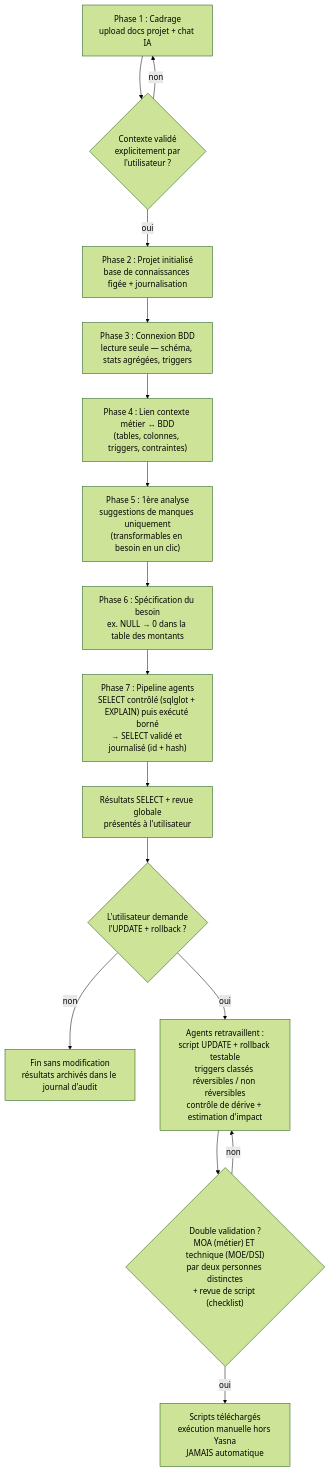
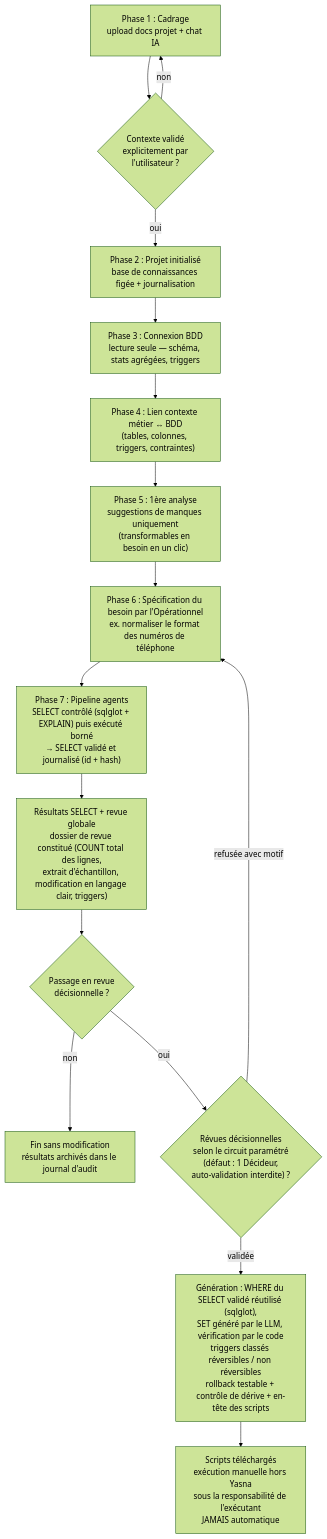
One commit to Choori279/Yasna changed the fifth of 5 diagrams in Yasna_Schemas_Parcours.md. Above: the diagram before and after it, drawn with Mermaid (forest theme). The commit also changed other lines of this file and 4 other files, not shown here.

Commit message:
docs(C): roles et circuit de validation parametrable (operationnel/decideur/administrateur)

````diff
--- a/Yasna_Schemas_Parcours.md
+++ b/Yasna_Schemas_Parcours.md
@@ -188,18 +196,18 @@
 ```mermaid
 flowchart TD
     P1["Phase 1 : Cadrage<br/>upload docs projet + chat IA"] --> D1{"Contexte validé<br/>explicitement par<br/>l'utilisateur ?"}
     D1 -- non --> P1
     D1 -- oui --> P2["Phase 2 : Projet initialisé<br/>base de connaissances figée + journalisation"]
     P2 --> P3["Phase 3 : Connexion BDD<br/>lecture seule — schéma, stats agrégées, triggers"]
     P3 --> P4["Phase 4 : Lien contexte métier ↔ BDD<br/>(tables, colonnes, triggers, contraintes)"]
     P4 --> P5["Phase 5 : 1ère analyse<br/>suggestions de manques uniquement<br/>(transformables en besoin en un clic)"]
-    P5 --> P6["Phase 6 : Spécification du besoin<br/>ex. NULL → 0 dans la table des montants"]
+    P5 --> P6["Phase 6 : Spécification du besoin par l'Opérationnel<br/>ex. normaliser le format des numéros de téléphone"]
     P6 --> P7["Phase 7 : Pipeline agents<br/>SELECT contrôlé (sqlglot + EXPLAIN) puis exécuté borné<br/>→ SELECT validé et journalisé (id + hash)"]
-    P7 --> P8["Résultats SELECT + revue globale<br/>présentés à l'utilisateur"]
-    P8 --> D2{"L'utilisateur demande<br/>l'UPDATE + rollback ?"}
+    P7 --> P8["Résultats SELECT + revue globale<br/>dossier de revue constitué (COUNT total des lignes,<br/>extrait d'échantillon, modification en langage clair, triggers)"]
+    P8 --> D2{"Passage en revue<br/>décisionnelle ?"}
     D2 -- non --> F1["Fin sans modification<br/>résultats archivés dans le journal d'audit"]
-    D2 -- oui --> P9["Agents retravaillent :<br/>script UPDATE + rollback testable<br/>triggers classés réversibles / non réversibles<br/>contrôle de dérive + estimation d'impact"]
-    P9 --> D3{"Double validation ?<br/>MOA (métier) ET technique (MOE/DSI)<br/>par deux personnes distinctes<br/>+ revue de script (checklist)"}
-    D3 -- non --> P9
-    D3 -- oui --> F2["Scripts téléchargés<br/>exécution manuelle hors Yasna<br/>JAMAIS automatique"]
+    D2 -- oui --> D3{"Révues décisionnelles<br/>selon le circuit paramétré<br/>(défaut : 1 Décideur,<br/>auto-validation interdite) ?"}
+    D3 -- "refusée avec motif" --> P6
+    D3 -- validée --> P9["Génération : WHERE du SELECT validé réutilisé (sqlglot),<br/>SET généré par le LLM, vérification par le code<br/>triggers classés réversibles / non réversibles<br/>rollback testable + contrôle de dérive + en-tête des scripts"]
+    P9 --> F2["Scripts téléchargés<br/>exécution manuelle hors Yasna<br/>sous la responsabilité de l'exécutant<br/>JAMAIS automatique"]
 ```
````
